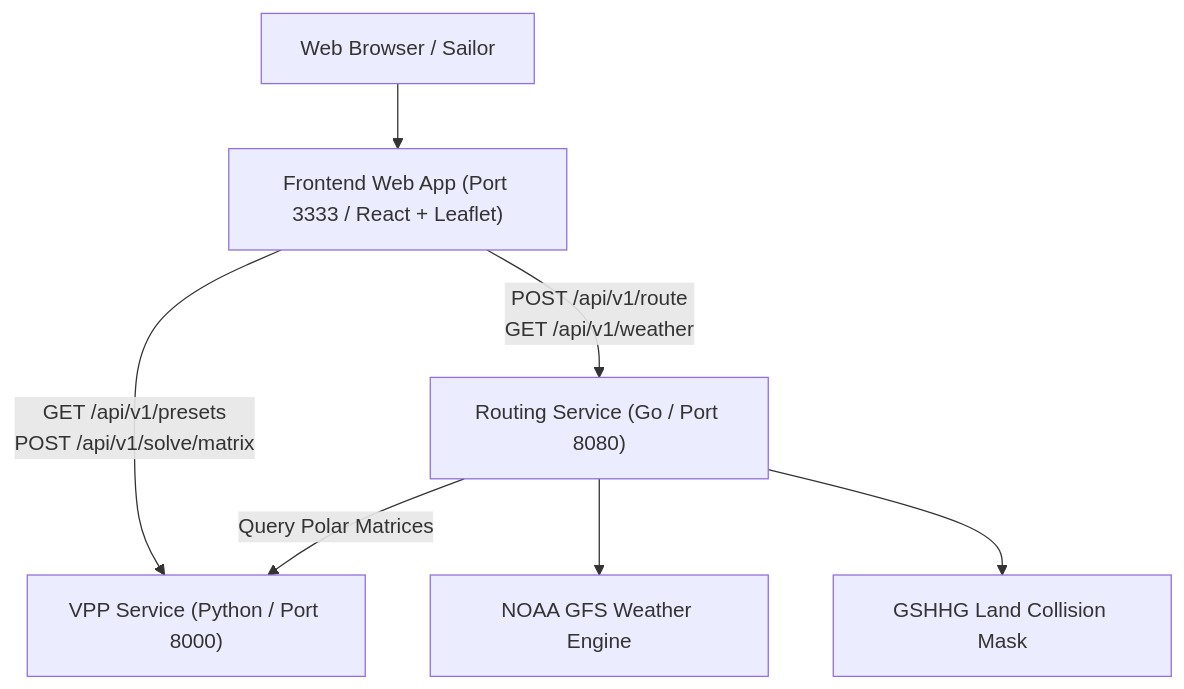
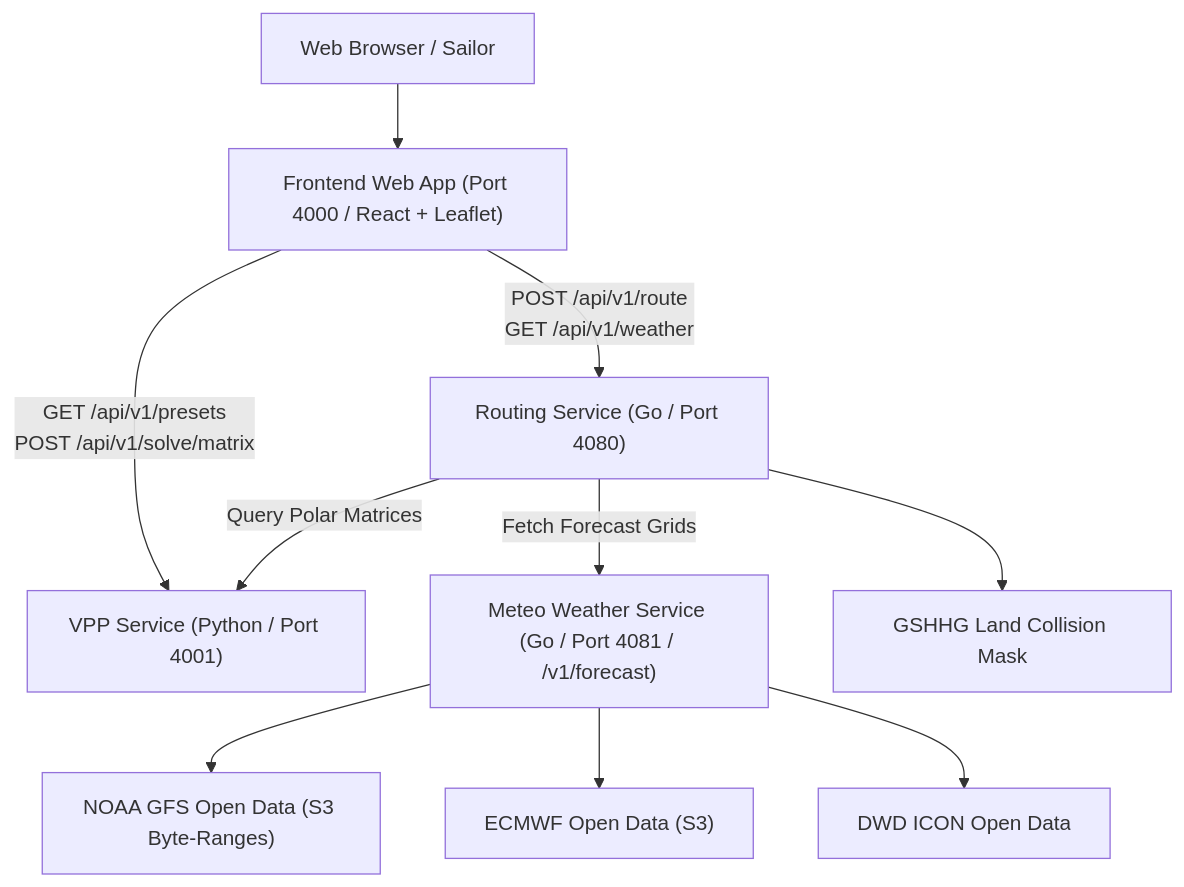
One commit to jaclar/routing changed the diagram in README.md. Above: the diagram before and after it, drawn with Mermaid. The commit also changed other lines of this file and 9 other files, not shown here.

````diff
--- a/README.md
+++ b/README.md
@@ -9,9 +9,12 @@
 ```mermaid
 graph TD
-    User["Web Browser / Sailor"] --> Frontend["Frontend Web App (Port 3333 / React + Leaflet)"]
-    Frontend -->|"POST /api/v1/route\nGET /api/v1/weather"| RoutingSvc["Routing Service (Go / Port 8080)"]
-    Frontend -->|"GET /api/v1/presets\nPOST /api/v1/solve/matrix"| VPPSvc["VPP Service (Python / Port 8000)"]
+    User["Web Browser / Sailor"] --> Frontend["Frontend Web App (Port 4000 / React + Leaflet)"]
+    Frontend -->|"POST /api/v1/route\nGET /api/v1/weather"| RoutingSvc["Routing Service (Go / Port 4080)"]
+    Frontend -->|"GET /api/v1/presets\nPOST /api/v1/solve/matrix"| VPPSvc["VPP Service (Python / Port 4001)"]
     RoutingSvc -->|"Query Polar Matrices"| VPPSvc
-    RoutingSvc --> GFS["NOAA GFS Weather Engine"]
+    RoutingSvc -->|"Fetch Forecast Grids"| MeteoSvc["Meteo Weather Service (Go / Port 4081 / /v1/forecast)"]
+    MeteoSvc --> NOAA["NOAA GFS Open Data (S3 Byte-Ranges)"]
+    MeteoSvc --> ECMWF["ECMWF Open Data (S3)"]
+    MeteoSvc --> DWD["DWD ICON Open Data"]
     RoutingSvc --> GSHHG["GSHHG Land Collision Mask"]
 ```
````
